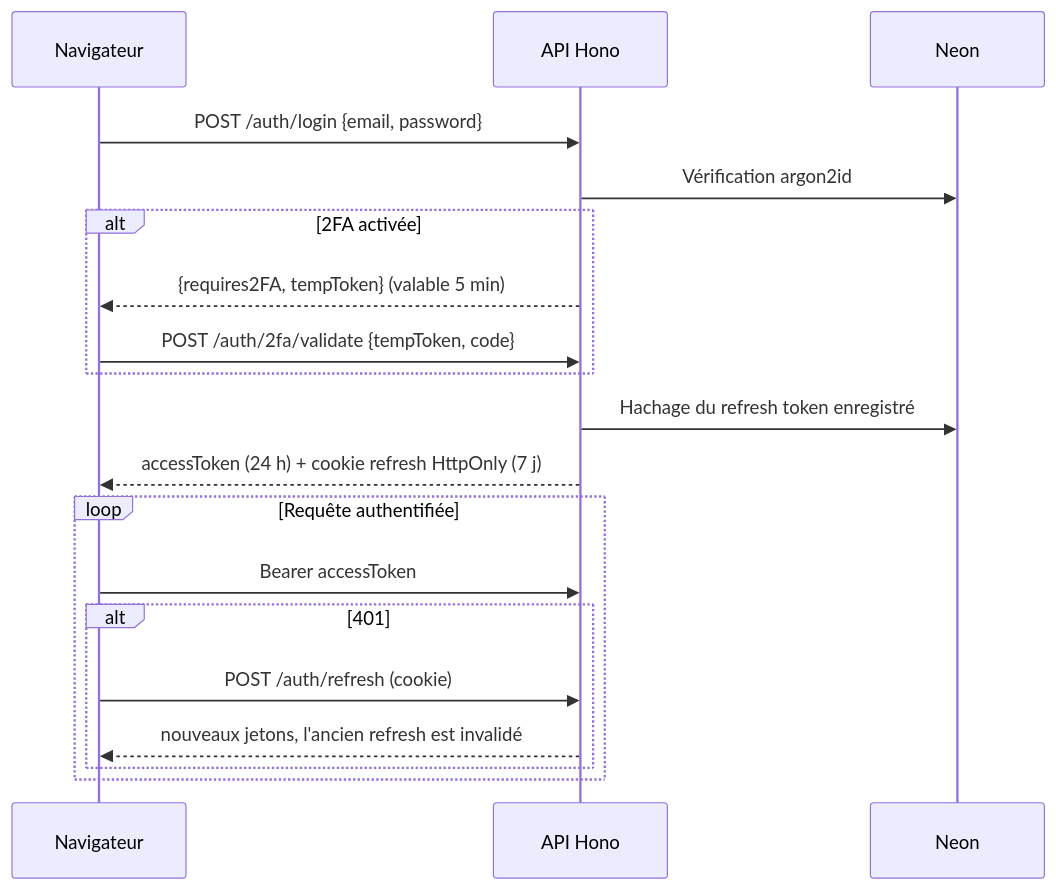
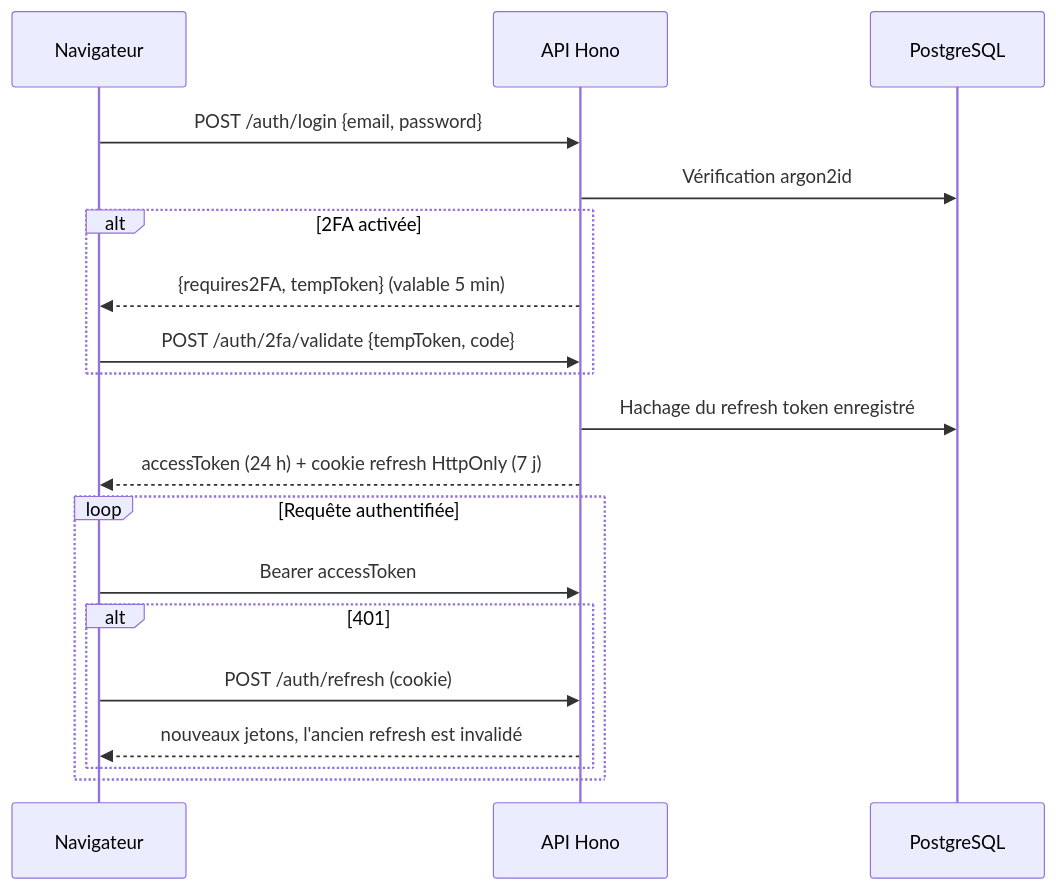
The second of 2 diagrams in README.md (j-ned/candidash-app), drawn with Mermaid before and after one commit. The commit also changed other lines of this file, not shown here.

````diff
--- a/README.md
+++ b/README.md
@@ -191,23 +198,23 @@
 ```mermaid
 sequenceDiagram
   participant U as Navigateur
   participant API as API Hono
-  participant DB as Neon
+  participant DB as PostgreSQL
 
   U->>API: POST /auth/login {email, password}
   API->>DB: Vérification argon2id
   alt 2FA activée
     API-->>U: {requires2FA, tempToken} (valable 5 min)
     U->>API: POST /auth/2fa/validate {tempToken, code}
   end
   API->>DB: Hachage du refresh token enregistré
   API-->>U: accessToken (24 h) + cookie refresh HttpOnly (7 j)
 
   loop Requête authentifiée
     U->>API: Bearer accessToken
     alt 401
       U->>API: POST /auth/refresh (cookie)
       API-->>U: nouveaux jetons, l'ancien refresh est invalidé
     end
   end
 ```
````
